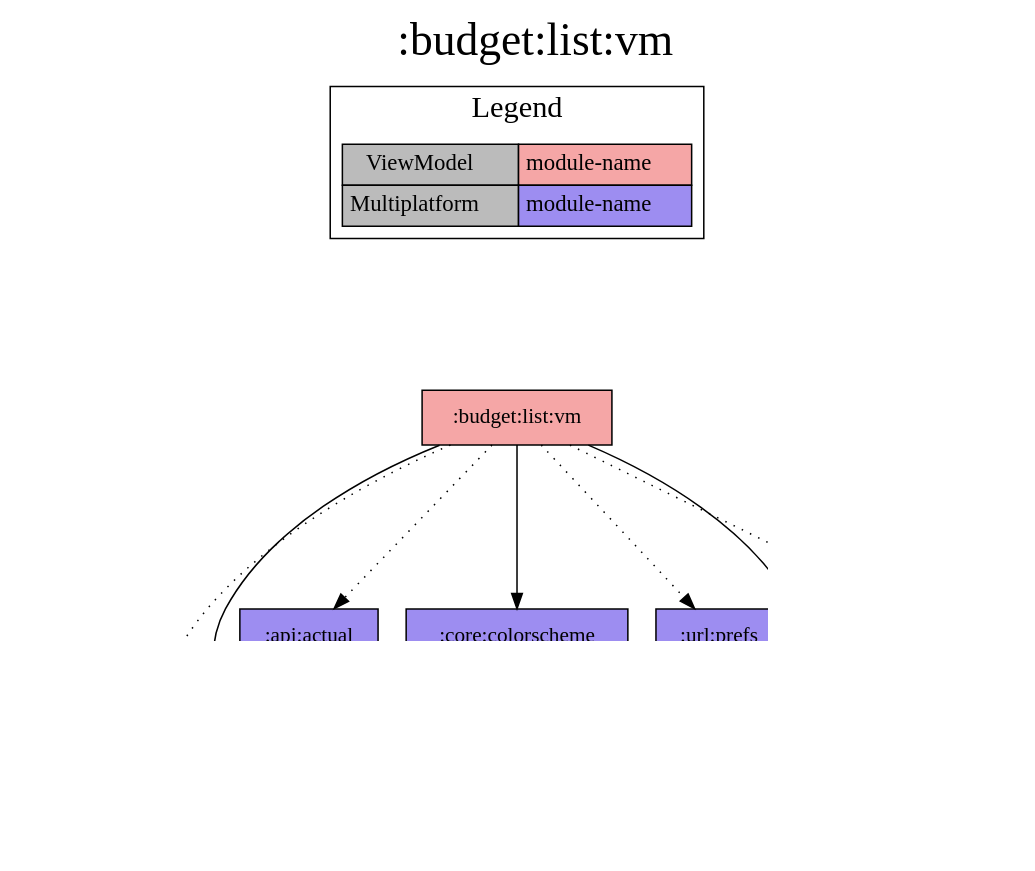
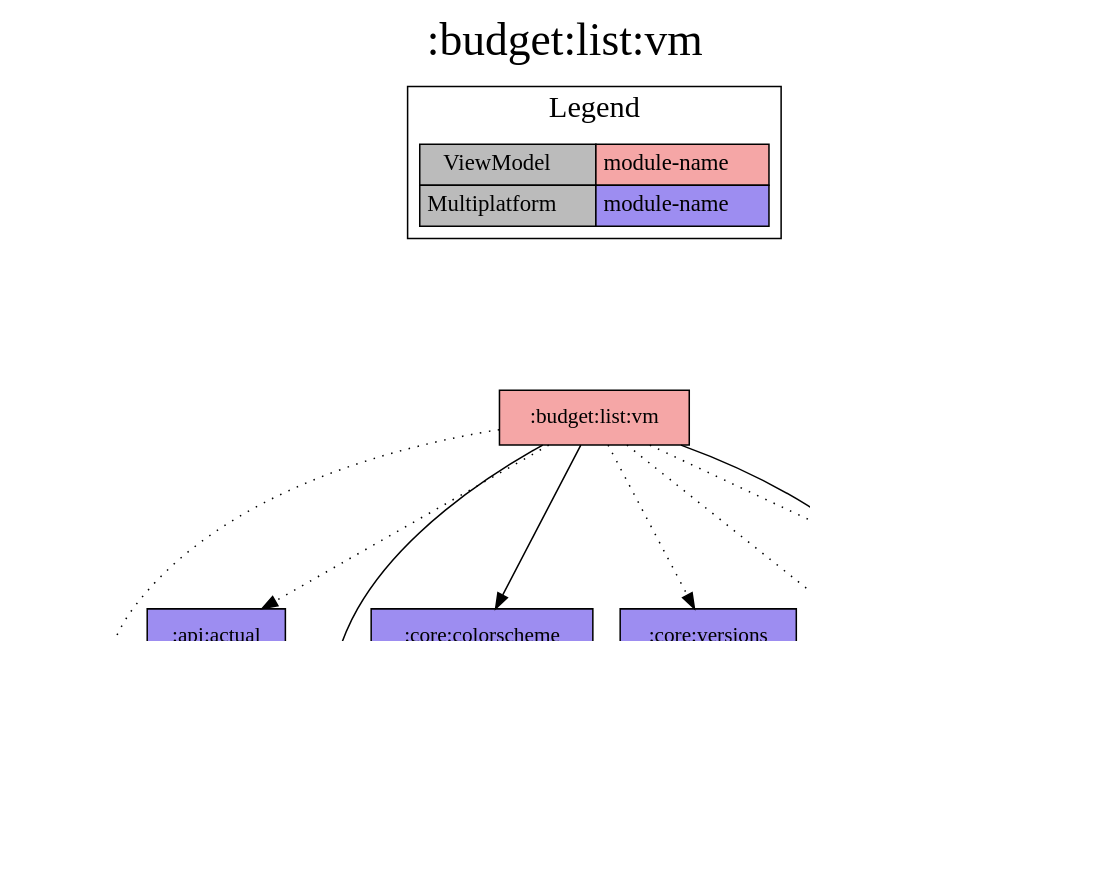
Before and after one commit to jonapoul/aktual: the diagram in modules/budget/list/vm/project-dependency-graph.dot, drawn with Graphviz. The commit also changed 69 other files, not shown here.

```diff
--- a/modules/budget/list/vm/project-dependency-graph.dot
+++ b/modules/budget/list/vm/project-dependency-graph.dot
@@ -1,40 +1,42 @@
 digraph {
 edge ["dir"="forward"]
 graph ["dpi"="100","label"=":budget:list:vm","labelloc"="t","fontsize"="30","ranksep"="1.5","rankdir"="TB"]
 node ["style"="filled"]
 ":account:model" ["fillcolor"="#9D8DF1","shape"="box"]
 ":api:actual" ["fillcolor"="#9D8DF1","shape"="box"]
 ":budget:list:vm" ["fillcolor"="#F5A6A6","shape"="box"]
 ":budget:model" ["fillcolor"="#9D8DF1","shape"="box"]
 ":core:buildconfig" ["fillcolor"="#9D8DF1","shape"="box"]
 ":core:colorscheme" ["fillcolor"="#9D8DF1","shape"="box"]
 ":core:versions" ["fillcolor"="#9D8DF1","shape"="box"]
+":log" ["fillcolor"="#9D8DF1","shape"="box"]
 ":url:model" ["fillcolor"="#9D8DF1","shape"="box"]
 ":url:prefs" ["fillcolor"="#9D8DF1","shape"="box"]
 {
 edge ["dir"="none"]
 graph ["rank"="same"]
 }
 ":api:actual" -> ":account:model"
 ":api:actual" -> ":budget:model"
 ":api:actual" -> ":url:model"
 ":budget:list:vm" -> ":account:model" ["style"="dotted"]
 ":budget:list:vm" -> ":api:actual" ["style"="dotted"]
 ":budget:list:vm" -> ":budget:model"
 ":budget:list:vm" -> ":core:colorscheme"
 ":budget:list:vm" -> ":core:versions" ["style"="dotted"]
+":budget:list:vm" -> ":log" ["style"="dotted"]
 ":budget:list:vm" -> ":url:model"
 ":budget:list:vm" -> ":url:prefs" ["style"="dotted"]
 ":core:versions" -> ":core:buildconfig"
 ":url:prefs" -> ":url:model"
 subgraph "cluster_legend" {
 edge ["dir"="none"]
 graph ["label"="Legend","fontsize"="20"]
 "Legend" ["style"="filled","fillcolor"="#bbbbbb","shape"="none","margin"="0","fontsize"="15","label"=<
 <TABLE BORDER="0" CELLBORDER="1" CELLSPACING="0" CELLPADDING="4">
 <TR><TD>ViewModel</TD><TD BGCOLOR="#F5A6A6">module-name</TD></TR>
 <TR><TD>Multiplatform</TD><TD BGCOLOR="#9D8DF1">module-name</TD></TR>
 </TABLE>
 >]
 } -> ":budget:list:vm" ["style"="invis"]
 }
```
